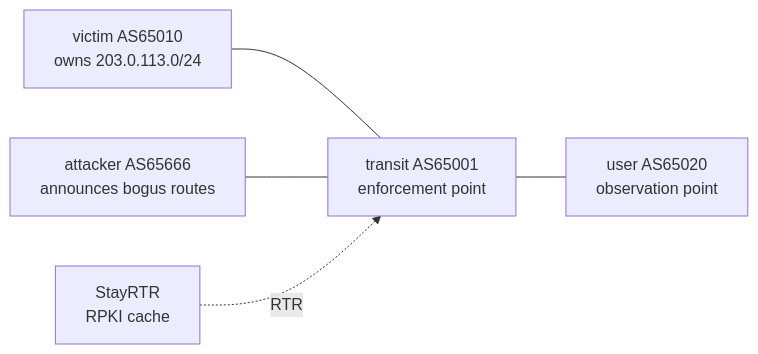
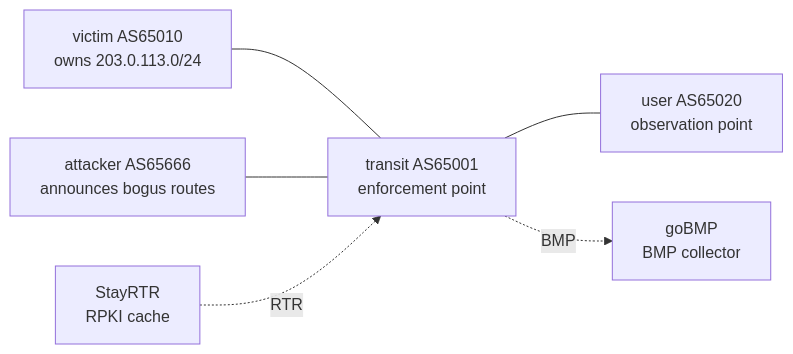
One commit to ridhofri/bgp-hijack-detection-lab changed the diagram in README.md. Above: the diagram before and after it, drawn with Mermaid. The commit also changed other lines of this file and 2 other files, not shown here.

Commit message:
feat: BMP detector v2 + clab-native StayRTR/goBMP (E7); fix: prefix-list vs forged-origin (E8)

````diff
--- a/README.md
+++ b/README.md
@@ -17,7 +17,8 @@
 ```mermaid
 graph LR
     victim["victim AS65010<br>owns 203.0.113.0/24"] --- transit["transit AS65001<br>enforcement point"]
     attacker["attacker AS65666<br>announces bogus routes"] --- transit
     transit --- user["user AS65020<br>observation point"]
     rtr["StayRTR<br>RPKI cache"] -. RTR .-> transit
+    transit -. BMP .-> gobmp["goBMP<br>BMP collector"]
 ```
````
